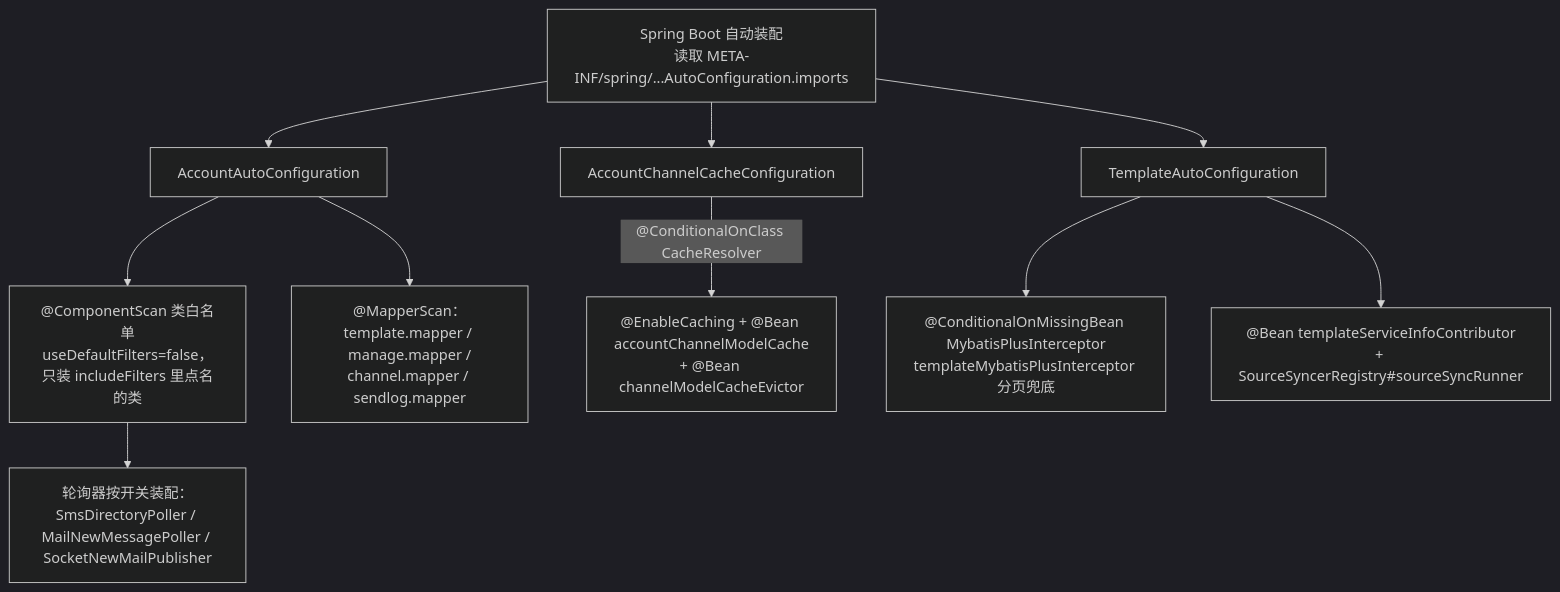
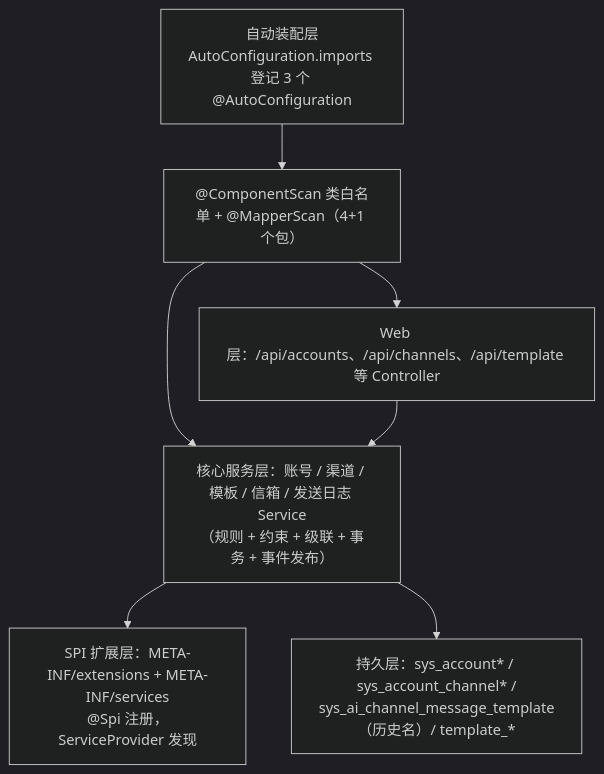
Before and after one commit to CHTK001/spring-support-parent-starter: the second of 3 diagrams in spring-support-account-starter/README.md, drawn with Mermaid (dark theme). The commit also changed other lines of this file and 54 other files, not shown here.

````diff
--- a/spring-support-account-starter/README.md
+++ b/spring-support-account-starter/README.md
@@ -76,12 +35,9 @@
 ```mermaid
 flowchart TB
-    A["Spring Boot 自动装配<br/>读取 META-INF/spring/...AutoConfiguration.imports"] --> B["AccountAutoConfiguration"]
-    A --> C["AccountChannelCacheConfiguration"]
-    A --> D["TemplateAutoConfiguration"]
-    B --> B1["@ComponentScan 类白名单<br/>useDefaultFilters=false，只装 includeFilters 里点名的类"]
-    B --> B2["@MapperScan：template.mapper / manage.mapper /<br/>channel.mapper / sendlog.mapper"]
-    C -->|"@ConditionalOnClass CacheResolver"| C1["@EnableCaching + @Bean accountChannelModelCache<br/>+ @Bean channelModelCacheEvictor"]
-    D --> D1["@ConditionalOnMissingBean MybatisPlusInterceptor<br/>templateMybatisPlusInterceptor 分页兜底"]
-    D --> D2["@Bean templateServiceInfoContributor<br/>+ SourceSyncerRegistry#sourceSyncRunner"]
-    B1 --> E["轮询器按开关装配：<br/>SmsDirectoryPoller / MailNewMessagePoller / SocketNewMailPublisher"]
+    A["自动装配层<br/>AutoConfiguration.imports 登记 3 个 @AutoConfiguration"] --> B["@ComponentScan 类白名单 + @MapperScan（4+1 个包）"]
+    B --> C["核心服务层：账号 / 渠道 / 模板 / 信箱 / 发送日志 Service<br/>（规则 + 约束 + 级联 + 事务 + 事件发布）"]
+    B --> D["Web 层：/api/accounts、/api/channels、/api/template 等 Controller"]
+    C --> E["SPI 扩展层：META-INF/extensions + META-INF/services<br/>@Spi 注册，ServiceProvider 发现"]
+    C --> F["持久层：sys_account* / sys_account_channel* /<br/>sys_ai_channel_message_template（历史名）/ template_*"]
+    D --> C
 ```
````
